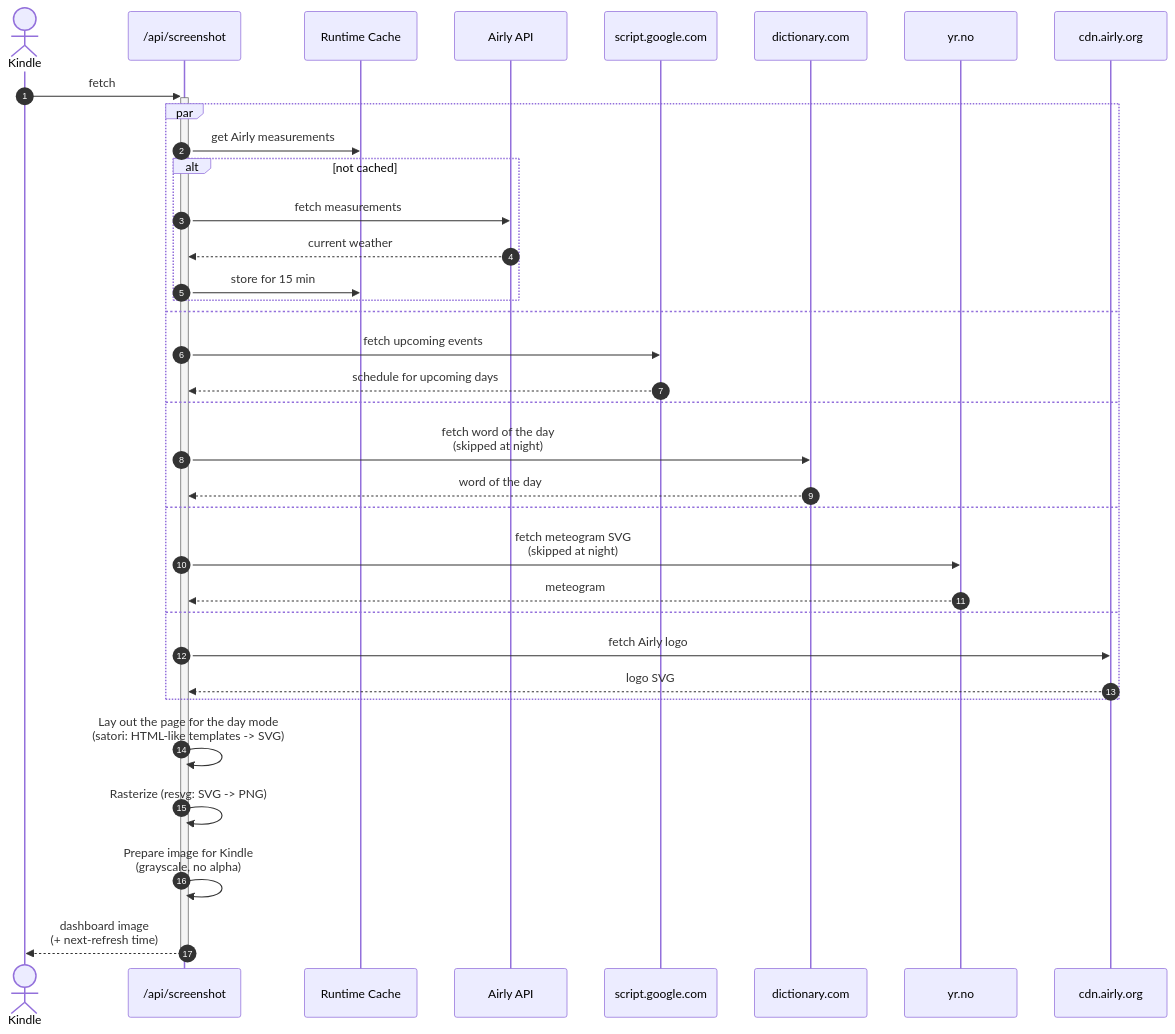
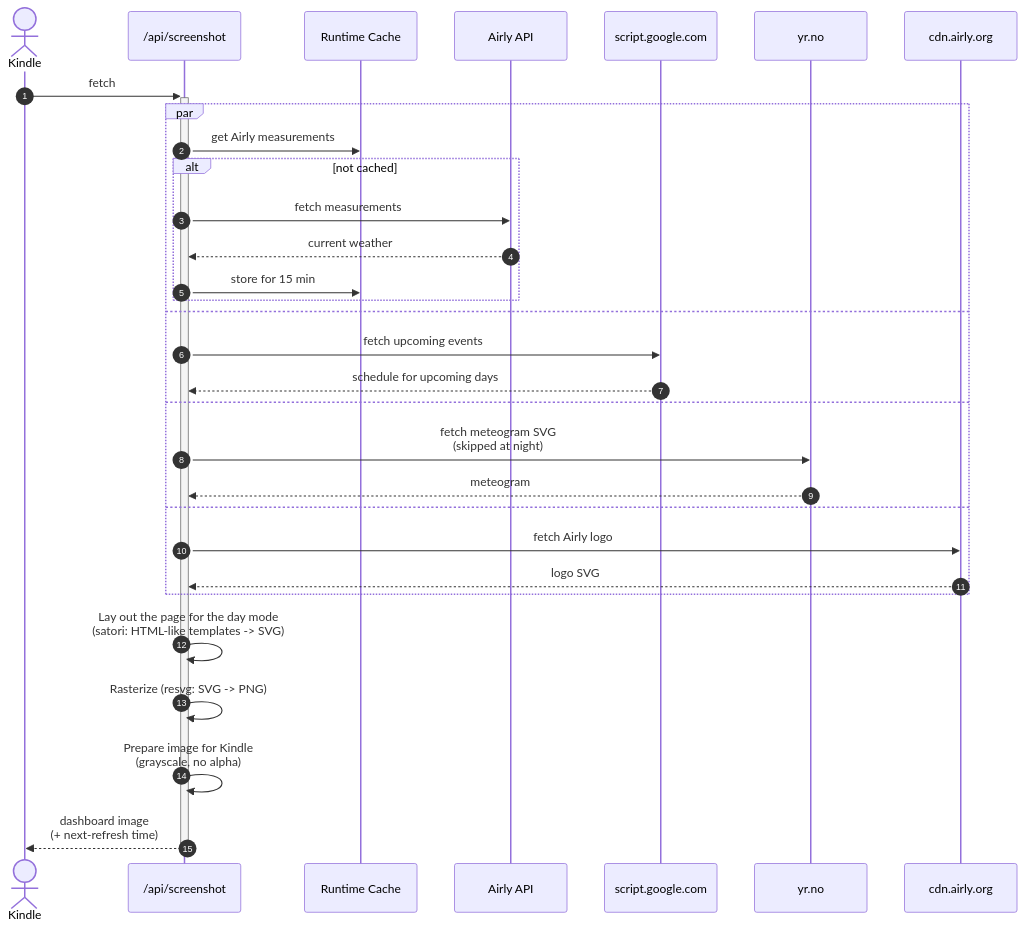
The diagram in README.md (bukowskiadam/kindle-page), drawn with Mermaid before and after one commit. The commit also changed other lines of this file and 18 other files, not shown here.

First line of the commit message:
feat: replace dictionary.com word of the day with daily English phrases

````diff
--- a/README.md
+++ b/README.md
@@ -29,37 +29,33 @@
 ```mermaid
 sequenceDiagram
     autonumber
     actor kindle as Kindle
     participant screenshot as /api/screenshot
     participant cache as Runtime Cache
     participant airly as Airly API
     participant calendar as script.google.com
-    participant dictionary as dictionary.com
     participant yr as yr.no
     participant cdn as cdn.airly.org
     kindle ->>+ screenshot: fetch
     par
         screenshot ->> cache: get Airly measurements
         alt not cached
             screenshot ->> airly: fetch measurements
             airly -->> screenshot: current weather
             screenshot ->> cache: store for 15 min
         end
     and
         screenshot ->> calendar: fetch upcoming events
         calendar -->> screenshot: schedule for upcoming days
     and
-        screenshot ->> dictionary: fetch word of the day<br>(skipped at night)
-        dictionary -->> screenshot: word of the day
-    and
         screenshot ->> yr: fetch meteogram SVG<br>(skipped at night)
         yr -->> screenshot: meteogram
     and
         screenshot ->> cdn: fetch Airly logo
         cdn -->> screenshot: logo SVG
     end
     screenshot ->> screenshot: Lay out the page for the day mode<br>(satori: HTML-like templates -> SVG)
     screenshot ->> screenshot: Rasterize (resvg: SVG -> PNG)
     screenshot ->> screenshot: Prepare image for Kindle<br>(grayscale, no alpha)
     screenshot -->>- kindle: dashboard image<br>(+ next-refresh time)
 ```
````
